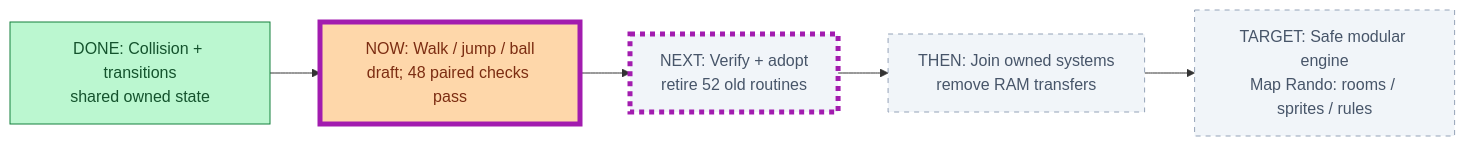
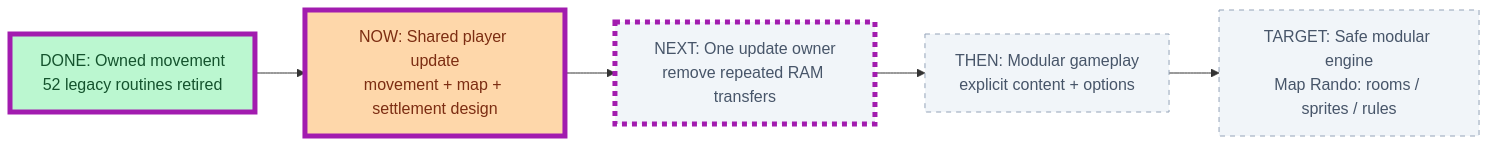
One commit to JimLundin/sm-decomp changed the first of 26 diagrams in PROGRESS.md. Above: the diagram before and after it, drawn with Mermaid. The commit also changed other lines of this file and 30 other files, not shown here.

````diff
--- a/PROGRESS.md
+++ b/PROGRESS.md
@@ -3,14 +3,14 @@
 ```mermaid
 flowchart LR
-    DONE["DONE: Collision + transitions<br/>shared owned state"]:::done
-    NOW["NOW: Walk / jump / ball<br/>draft; 48 paired checks pass"]:::active
-    NEXT["NEXT: Verify + adopt<br/>retire 52 old routines"]:::pending
-    THEN["THEN: Join owned systems<br/>remove RAM transfers"]:::pending
+    DONE["DONE: Owned movement<br/>52 legacy routines retired"]:::done
+    NOW["NOW: Shared player update<br/>movement + map + settlement design"]:::active
+    NEXT["NEXT: One update owner<br/>remove repeated RAM transfers"]:::pending
+    THEN["THEN: Modular gameplay<br/>explicit content + options"]:::pending
     TARGET["TARGET: Safe modular engine<br/>Map Rando: rooms / sprites / rules"]:::pending
     DONE --> NOW --> NEXT --> THEN --> TARGET
-    class NOW,NEXT changed
+    class DONE,NOW,NEXT changed
     classDef done fill:#bbf7d0,stroke:#15803d,color:#14532d
     classDef active fill:#fed7aa,stroke:#ea580c,color:#7c2d12
     classDef pending fill:#f1f5f9,stroke:#94a3b8,color:#475569,stroke-dasharray:5 5
     classDef changed stroke:#a21caf,stroke-width:5px
 ```
````
